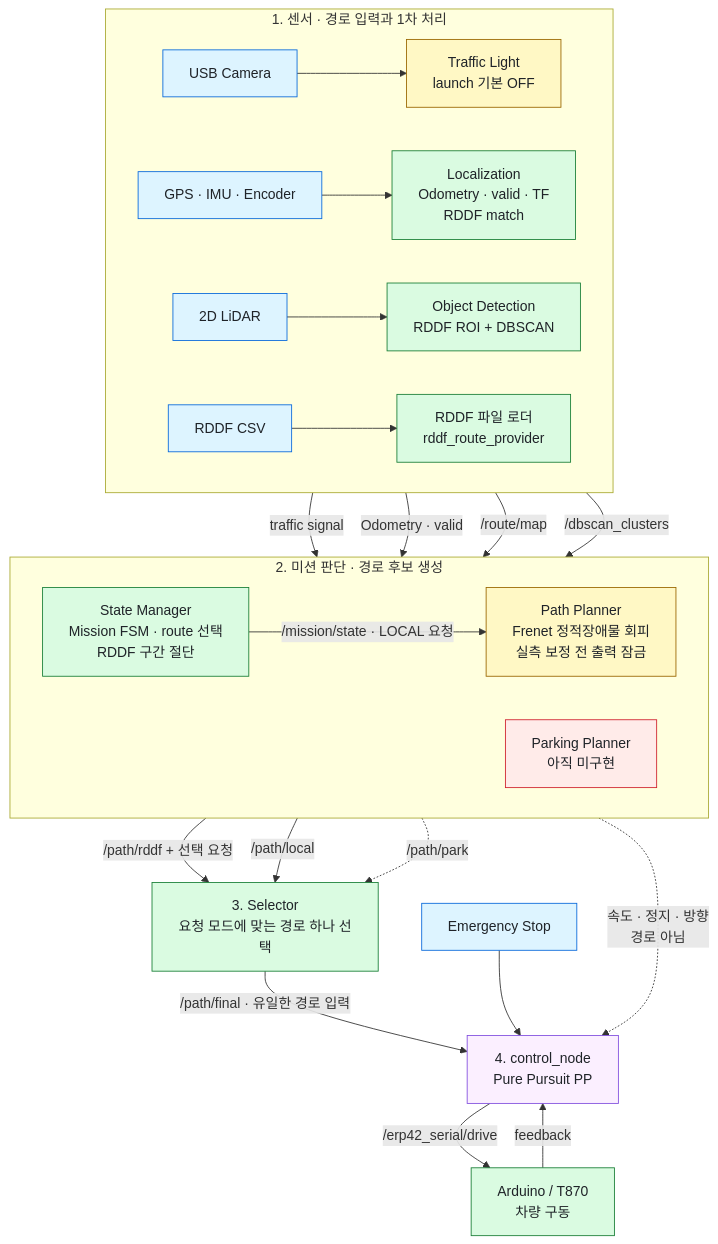
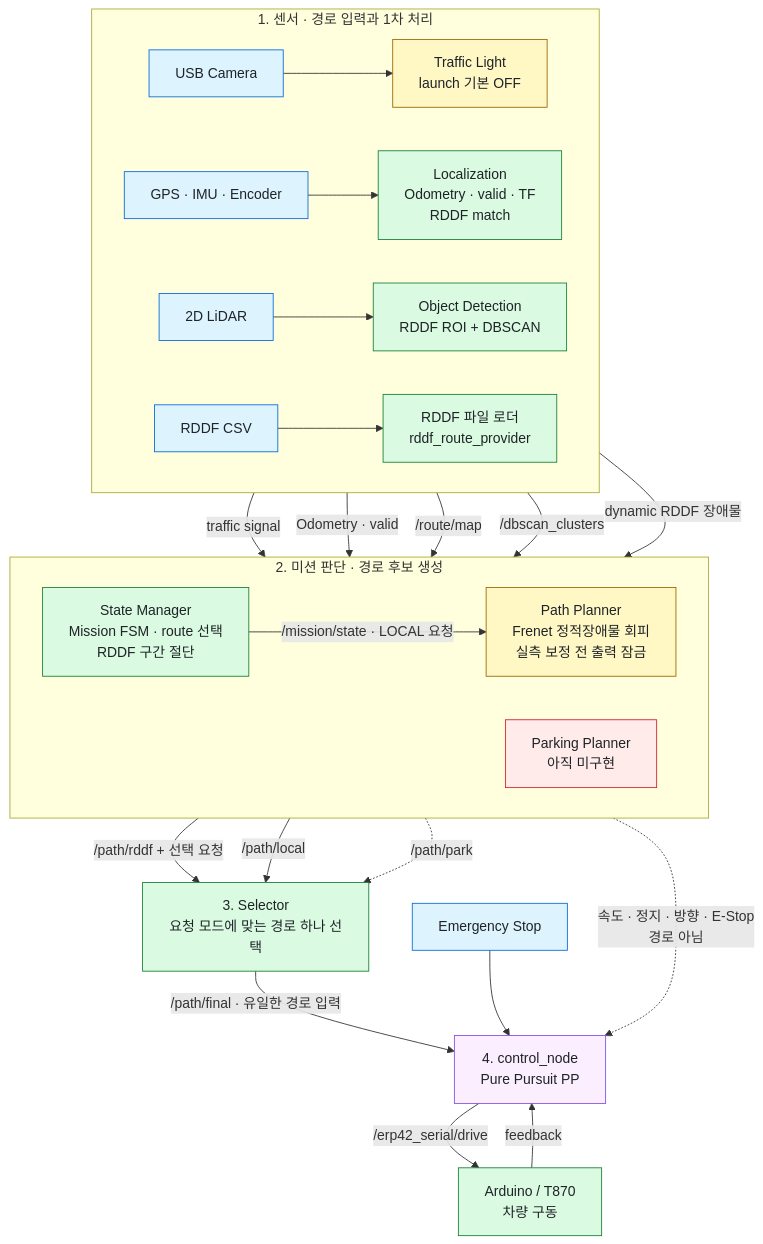
The diagram in docs/architecture.md (Team-Stier/HL-FMA-1-5-2026), drawn with Mermaid before and after one commit. The commit also changed other lines of this file and 13 other files, not shown here.

Commit message:
feat: stop for dynamic obstacles on RDDF

````diff
--- a/docs/architecture.md
+++ b/docs/architecture.md
@@ -21,45 +22,46 @@
 ```mermaid
 flowchart TB
     classDef sensor fill:#ddf4ff,stroke:#0969da,color:#1f2328
     classDef active fill:#dafbe1,stroke:#1a7f37,color:#1f2328
     classDef gated fill:#fff8c5,stroke:#9a6700,color:#1f2328
     classDef control fill:#fbefff,stroke:#8250df,color:#1f2328
     classDef later fill:#ffebe9,stroke:#cf222e,color:#1f2328
 
     subgraph INPUT[1. 센서 · 경로 입력과 1차 처리]
         direction LR
         CAMERA[USB Camera]:::sensor --> TL[Traffic Light<br/>launch 기본 OFF]:::gated
         MOTION[GPS · IMU · Encoder]:::sensor --> LOC[Localization<br/>Odometry · valid · TF<br/>RDDF match]:::active
         LIDAR[2D LiDAR]:::sensor --> OD[Object Detection<br/>RDDF ROI + DBSCAN]:::active
         FILES[RDDF CSV]:::sensor --> LOADER[RDDF 파일 로더<br/>rddf_route_provider]:::active
     end
 
     subgraph PLAN[2. 미션 판단 · 경로 후보 생성]
         direction LR
         SM[State Manager<br/>Mission FSM · route 선택<br/>RDDF 구간 절단]:::active
         LP[Path Planner<br/>Frenet 정적장애물 회피<br/>실측 보정 전 출력 잠금]:::gated
         PARK[Parking Planner<br/>아직 미구현]:::later
     end
 
     SEL[3. Selector<br/>요청 모드에 맞는 경로 하나 선택]:::active
     PP[4. control_node<br/>Pure Pursuit PP]:::control
     ESTOP[Emergency Stop]:::sensor
     CAR[Arduino / T870<br/>차량 구동]:::active
 
     TL -->|traffic signal| SM
     LOC -->|Odometry · valid| SM
     LOADER -->|/route/map| SM
 
     OD -->|/dbscan_clusters| LP
+    OD -->|dynamic RDDF 장애물| SM
     SM -->|/mission/state · LOCAL 요청| LP
 
     SM -->|/path/rddf + 선택 요청| SEL
     LP -->|/path/local| SEL
     PARK -.->|/path/park| SEL
 
     SEL -->|/path/final · 유일한 경로 입력| PP
-    SM -.->|속도 · 정지 · 방향<br/>경로 아님| PP
+    SM -.->|속도 · 정지 · 방향 · E-Stop<br/>경로 아님| PP
     ESTOP --> PP
     CAR -->|feedback| PP
     PP -->|/erp42_serial/drive| CAR
 ```
````
